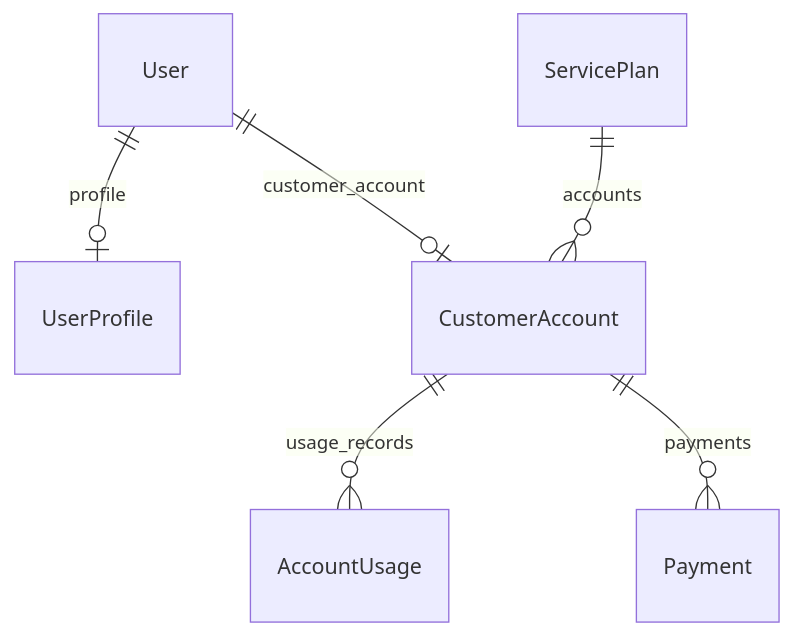
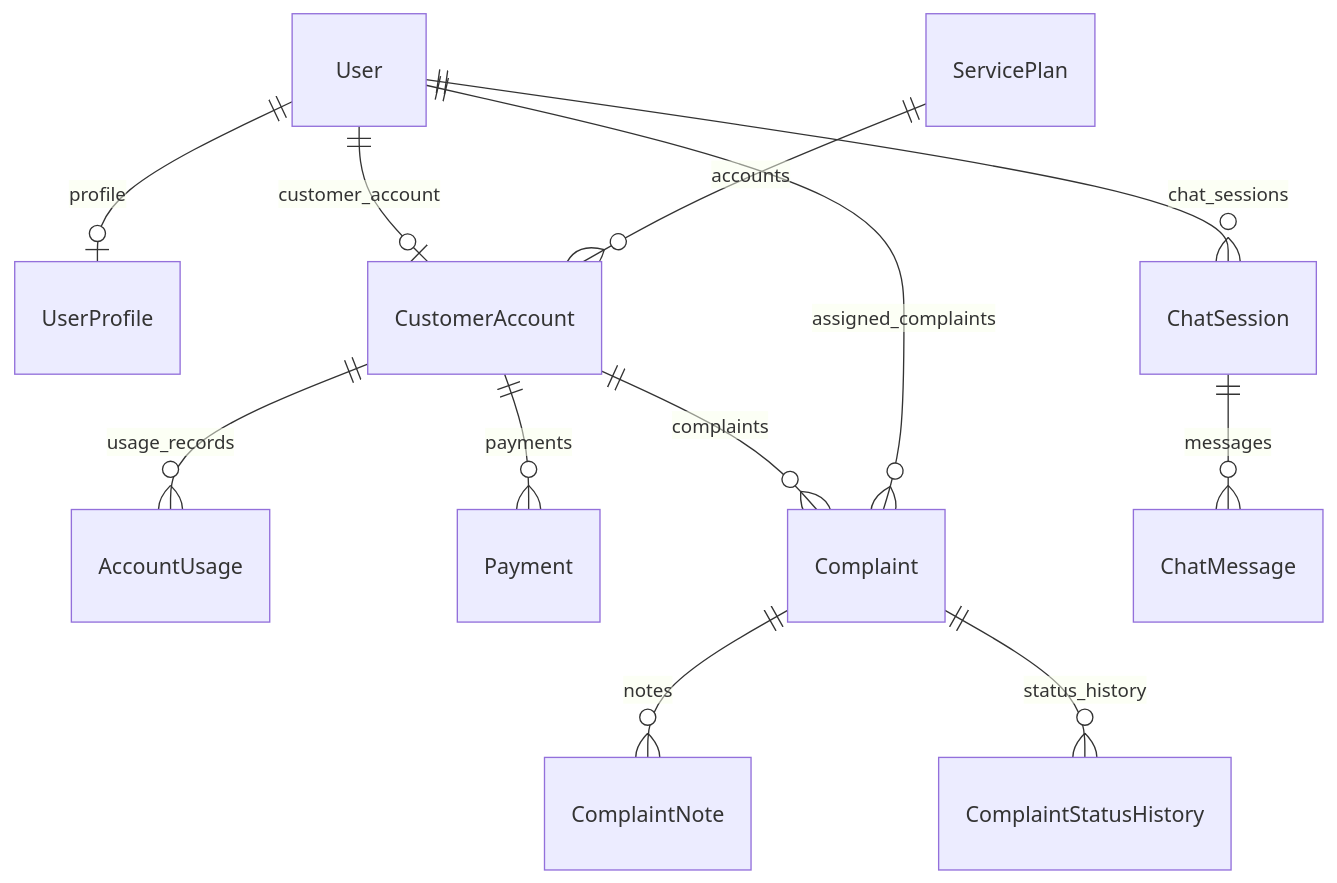
The diagram in Documentation/technical-architecture.md (DJackree/DJackree-Digi2026), drawn with Mermaid before and after one commit. The commit also changed other lines of this file and 3 other files, not shown here.

````diff
--- a/Documentation/technical-architecture.md
+++ b/Documentation/technical-architecture.md
@@ -127,8 +73,14 @@
 ```mermaid
 erDiagram
     User ||--o| UserProfile : profile
     User ||--o| CustomerAccount : customer_account
     ServicePlan ||--o{ CustomerAccount : accounts
     CustomerAccount ||--o{ AccountUsage : usage_records
     CustomerAccount ||--o{ Payment : payments
+    CustomerAccount ||--o{ Complaint : complaints
+    User ||--o{ Complaint : assigned_complaints
+    Complaint ||--o{ ComplaintNote : notes
+    Complaint ||--o{ ComplaintStatusHistory : status_history
+    User ||--o{ ChatSession : chat_sessions
+    ChatSession ||--o{ ChatMessage : messages
 ```
````
